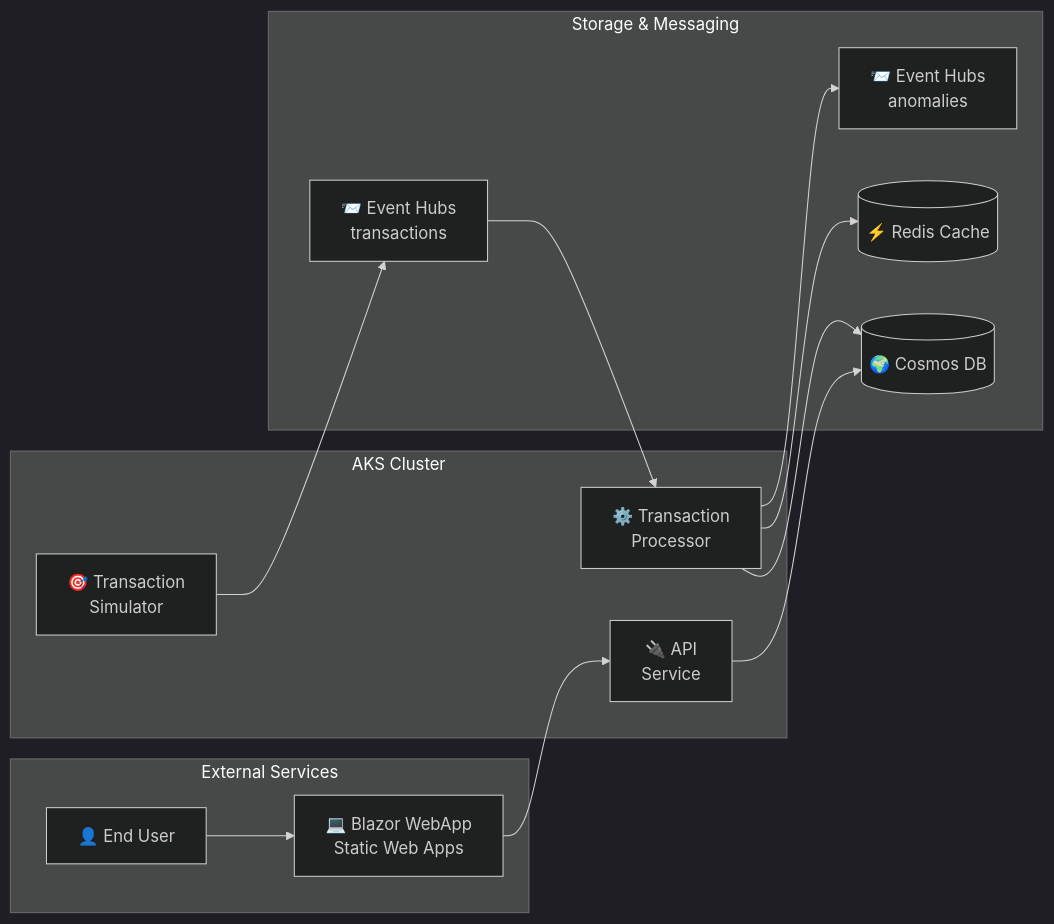
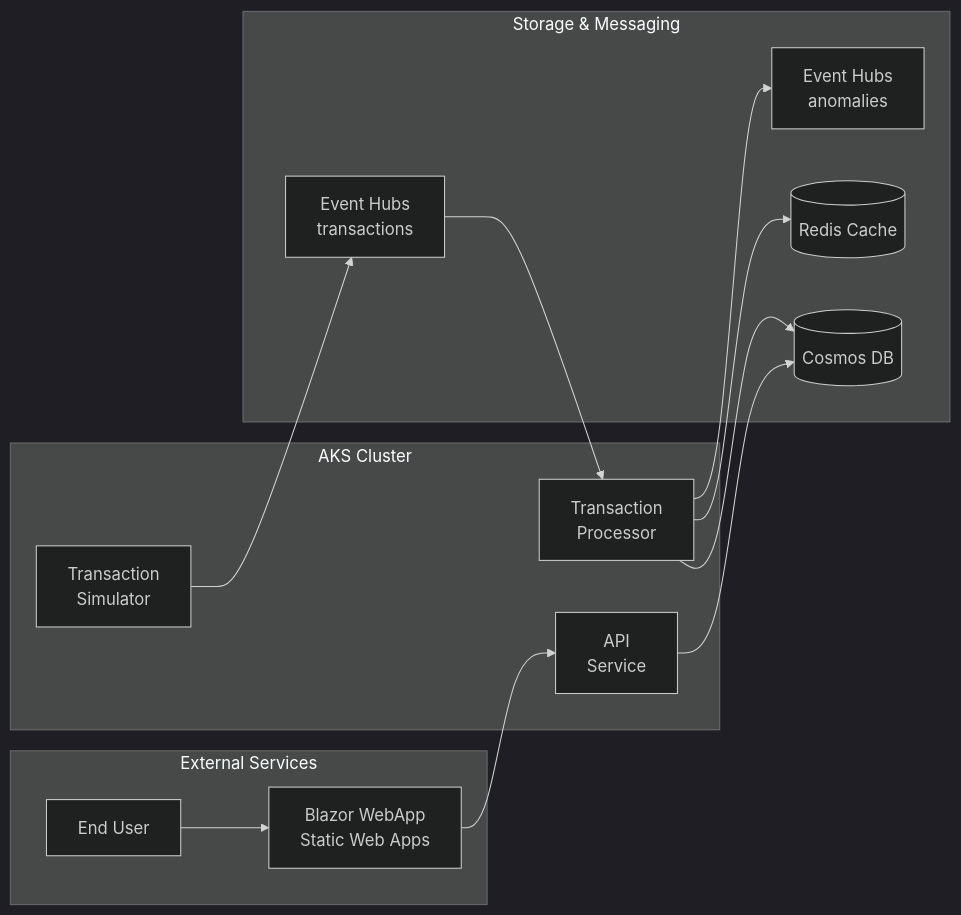
One commit to JonathanHidalgoN/RealTimeTransactionMonitoring changed the third of 4 diagrams in README.md. Above: the diagram before and after it, drawn with Mermaid (dark theme). The commit also changed other lines of this file, not shown here.

Commit message:
Improve readme diagram

````diff
--- a/README.md
+++ b/README.md
@@ -90,29 +110,29 @@
 ```mermaid
 graph LR
     subgraph "AKS Cluster"
-        SIM[🎯 Transaction<br/>Simulator]
-        PROC[⚙️ Transaction<br/>Processor]
-        API[🔌 API<br/>Service]
+        SIM[Transaction<br/>Simulator]
+        PROC[Transaction<br/>Processor]
+        API[API<br/>Service]
     end
     
     subgraph "External Services"
-        UI[💻 Blazor WebApp<br/>Static Web Apps]
-        USER[👤 End User]
+        UI[Blazor WebApp<br/>Static Web Apps]
+        USER[End User]
     end
     
     subgraph "Storage & Messaging"
-        EH_TRANS[📨 Event Hubs<br/>transactions]
-        EH_ANOM[📨 Event Hubs<br/>anomalies]
-        COSMOS[(🌍 Cosmos DB)]
-        REDIS[(⚡ Redis Cache)]
+        EH_TRANS[Event Hubs<br/>transactions]
+        EH_ANOM[Event Hubs<br/>anomalies]
+        COSMOS[(Cosmos DB)]
+        REDIS[(Redis Cache)]
     end
     
     SIM --> EH_TRANS
     EH_TRANS --> PROC
     PROC --> COSMOS
     PROC --> REDIS
     PROC --> EH_ANOM
     API --> COSMOS
     USER --> UI
     UI --> API
 ```
````
